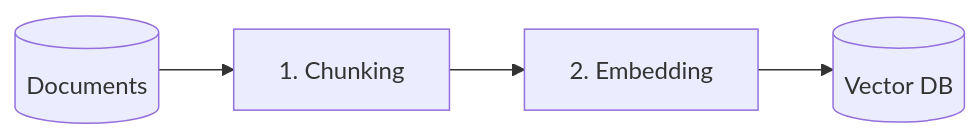
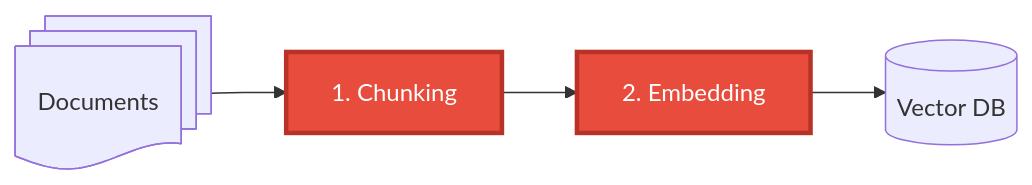
Before and after one commit to w4bo/AA2627-unibo-dcai: the third of 20 diagrams in slides/02-rag.qmd, drawn with Mermaid. The commit also changed other lines of this file and 2 other files, not shown here.

````diff
--- a/slides/02-rag.qmd
+++ b/slides/02-rag.qmd
@@ -297,7 +288,10 @@
 ```{mermaid}
 %%| echo: false
 flowchart LR
-  D[(Documents)] --> C[1. Chunking]
+  D@{ shape: docs, label: "Documents" } --> C[1. Chunking]
   C --> E[2. Embedding]
   E --> I[(Vector DB)]
+
+  classDef focus fill:#e74c3c,color:#fff,stroke:#b83227,stroke-width:3px
+  class C,E focus
 ```
````
